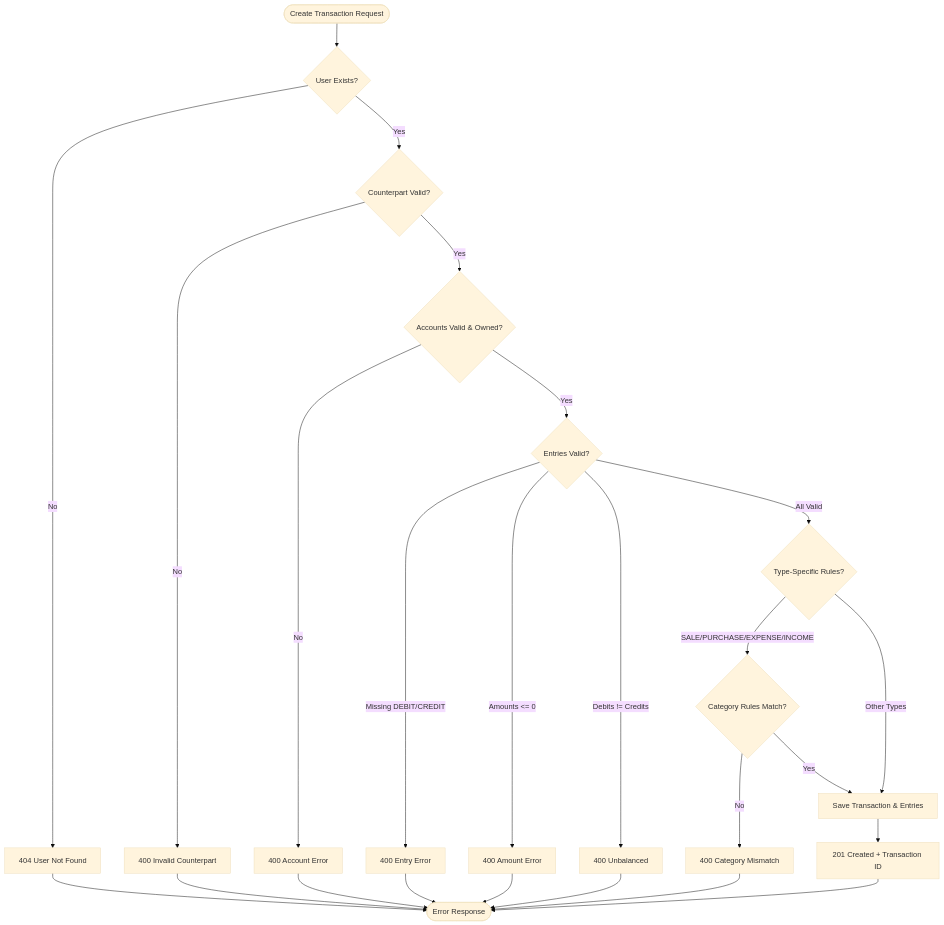
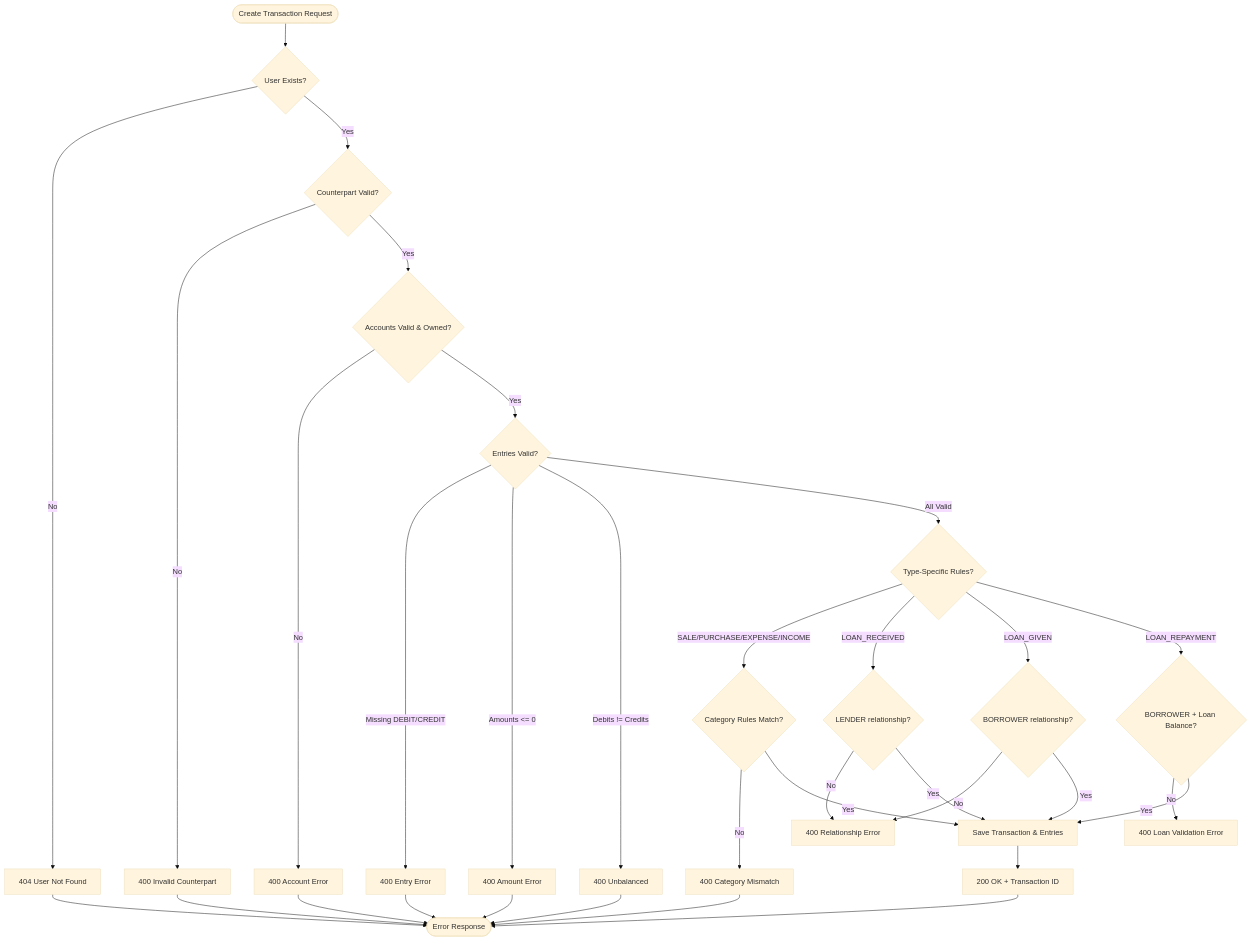
Before and after one commit to 0DhruvHere0/DualEntry: the second of 4 diagrams in README.md, drawn with Mermaid (base theme). The commit also changed other lines of this file, not shown here.

````diff
--- a/README.md
+++ b/README.md
@@ -126,35 +126,46 @@
 ```mermaid
 flowchart TD
     START([Create Transaction Request]) --> VALIDATE_USER{User Exists?}
     VALIDATE_USER -->|No| ERROR_USER[404 User Not Found]
     VALIDATE_USER -->|Yes| VALIDATE_CP{Counterpart Valid?}
     
     VALIDATE_CP -->|No| ERROR_CP[400 Invalid Counterpart]
     VALIDATE_CP -->|Yes| VALIDATE_ACCOUNTS{Accounts Valid & Owned?}
     
     VALIDATE_ACCOUNTS -->|No| ERROR_ACC[400 Account Error]
     VALIDATE_ACCOUNTS -->|Yes| VALIDATE_ENTRIES{Entries Valid?}
     
     VALIDATE_ENTRIES -->|Missing DEBIT/CREDIT| ERROR_ENTRY[400 Entry Error]
     VALIDATE_ENTRIES -->|Amounts <= 0| ERROR_AMT[400 Amount Error]
     VALIDATE_ENTRIES -->|Debits != Credits| ERROR_BALANCE[400 Unbalanced]
     
     VALIDATE_ENTRIES -->|All Valid| CHECK_TYPE{Type-Specific Rules?}
     
     CHECK_TYPE -->|SALE/PURCHASE/EXPENSE/INCOME| VALIDATE_CATEGORY{Category Rules Match?}
     VALIDATE_CATEGORY -->|No| ERROR_CAT[400 Category Mismatch]
     VALIDATE_CATEGORY -->|Yes| PERSIST
+
+    CHECK_TYPE -->|LOAN_RECEIVED| VALIDATE_LENDER{LENDER relationship?}
+    CHECK_TYPE -->|LOAN_GIVEN| VALIDATE_BORROWER{BORROWER relationship?}
+    CHECK_TYPE -->|LOAN_REPAYMENT| VALIDATE_REPAYMENT{BORROWER + Loan Balance?}
+
+    VALIDATE_LENDER -->|No| ERROR_REL[400 Relationship Error]
+    VALIDATE_LENDER -->|Yes| PERSIST
+
+    VALIDATE_BORROWER -->|No| ERROR_REL
+    VALIDATE_BORROWER -->|Yes| PERSIST
+
+    VALIDATE_REPAYMENT -->|No| ERROR_LOAN[400 Loan Validation Error]
+    VALIDATE_REPAYMENT -->|Yes| PERSIST
     
-    CHECK_TYPE -->|Other Types| PERSIST
-    
-    PERSIST[Save Transaction & Entries] --> SUCCESS[201 Created + Transaction ID]
+    PERSIST[Save Transaction & Entries] --> SUCCESS[200 OK + Transaction ID]
     
     ERROR_USER --> END([Error Response])
     ERROR_CP --> END
     ERROR_ACC --> END
     ERROR_ENTRY --> END
     ERROR_AMT --> END
     ERROR_BALANCE --> END
     ERROR_CAT --> END
     SUCCESS --> END
 ```
````
